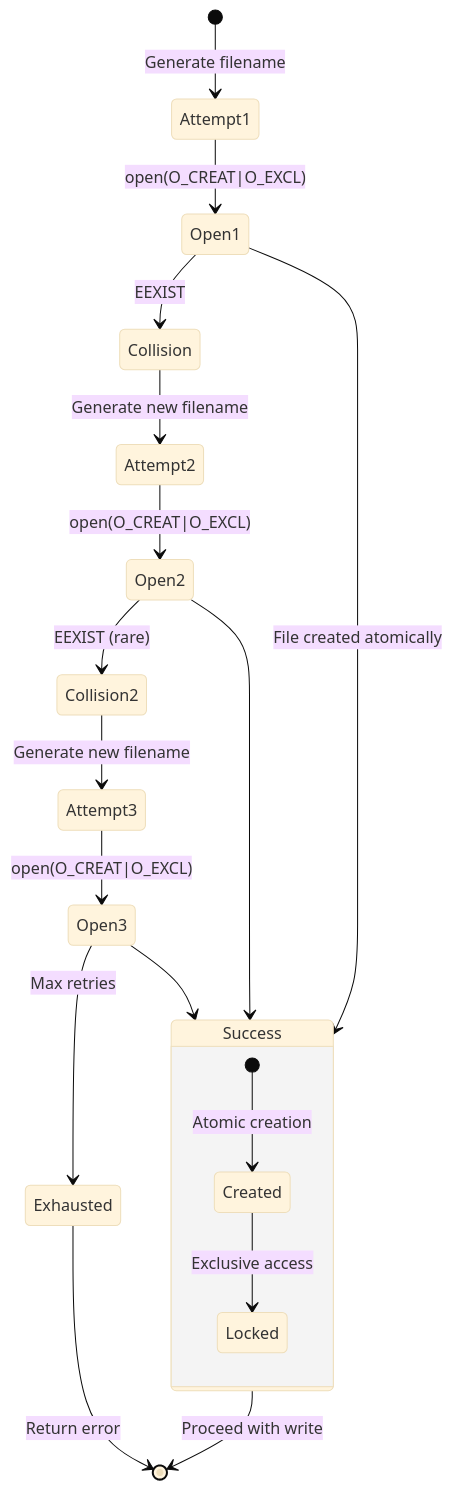
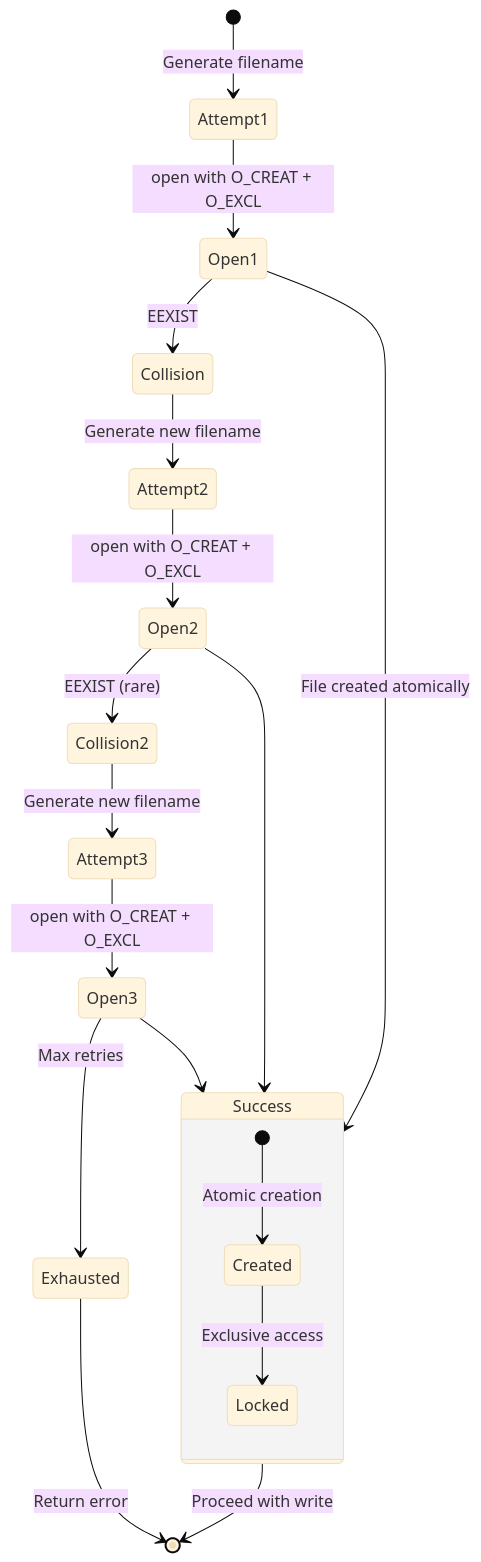
Before and after one commit to photom/magicer: diagram 13 of 54 in docs/explanation/ARCHITECTURE.md, drawn with Mermaid (base theme). The commit also changed other lines of this file and 2 other files, not shown here.

````diff
--- a/docs/explanation/ARCHITECTURE.md
+++ b/docs/explanation/ARCHITECTURE.md
@@ -761,28 +758,28 @@
 ```mermaid
 stateDiagram-v2
     [*] --> Attempt1: Generate filename
-    Attempt1 --> Open1: open(O_CREAT|O_EXCL)
+    Attempt1 --> Open1: open with O_CREAT + O_EXCL
     
     Open1 --> Success: File created atomically
     Open1 --> Collision: EEXIST
     
     Collision --> Attempt2: Generate new filename
-    Attempt2 --> Open2: open(O_CREAT|O_EXCL)
+    Attempt2 --> Open2: open with O_CREAT + O_EXCL
     
     Open2 --> Success
     Open2 --> Collision2: EEXIST (rare)
     
     Collision2 --> Attempt3: Generate new filename
-    Attempt3 --> Open3: open(O_CREAT|O_EXCL)
+    Attempt3 --> Open3: open with O_CREAT + O_EXCL
     
     Open3 --> Success
     Open3 --> Exhausted: Max retries
     
     Success --> [*]: Proceed with write
     Exhausted --> [*]: Return error
     
     state Success {
         [*] --> Created: Atomic creation
         Created --> Locked: Exclusive access
     }
 ```
````
